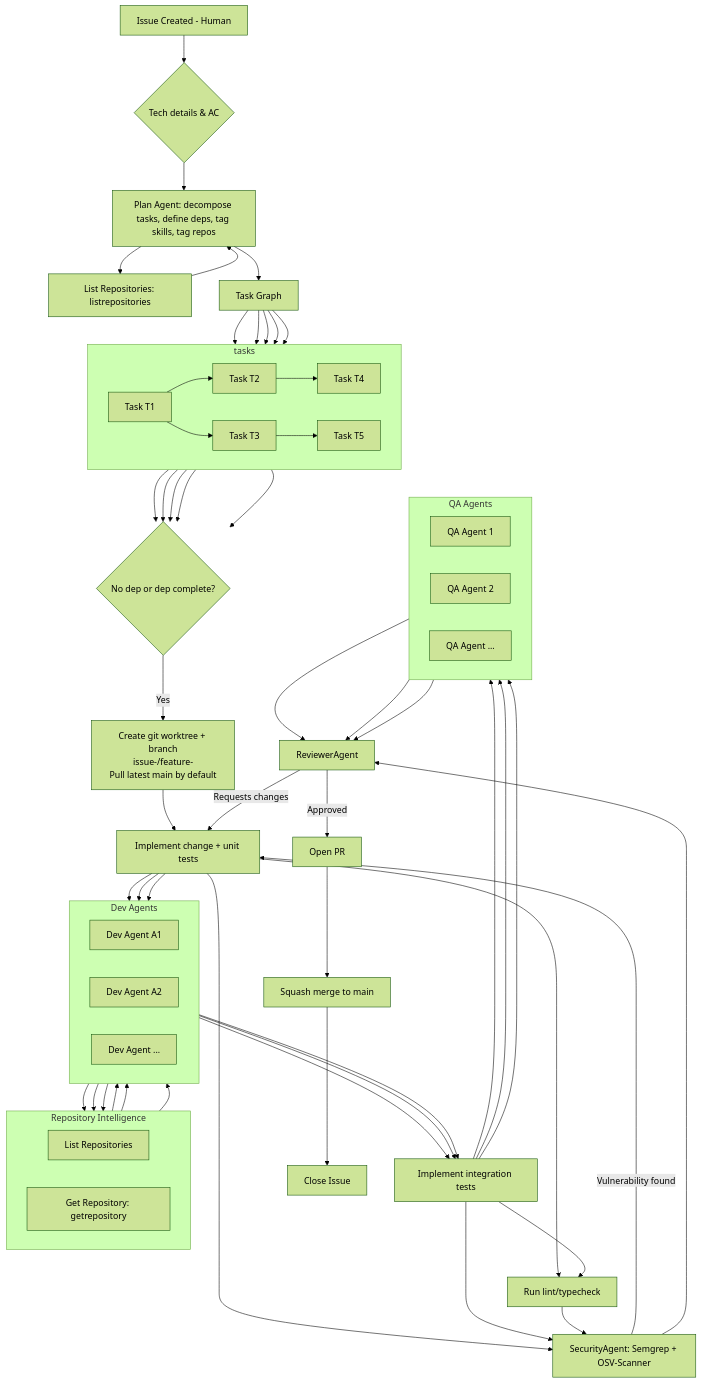
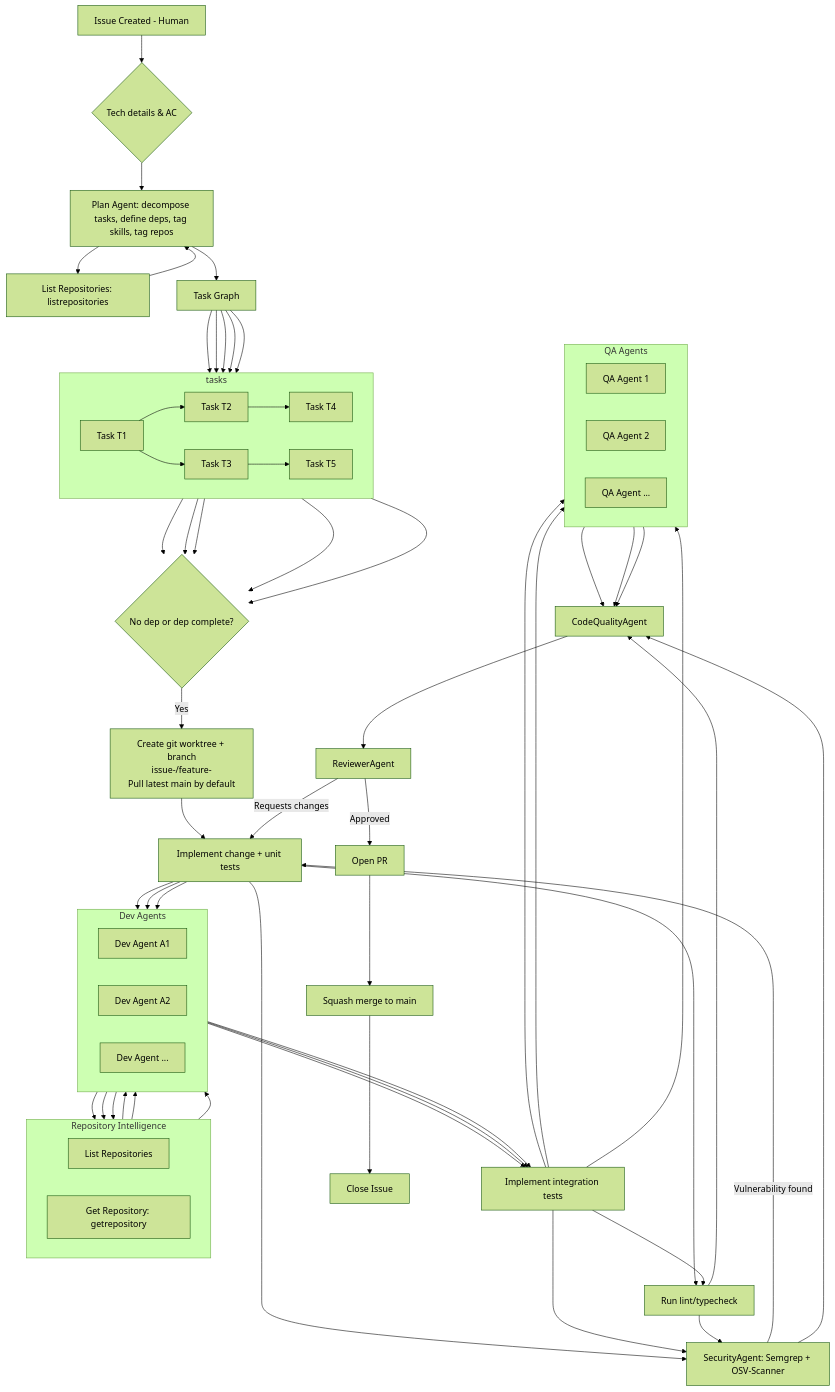
One commit to colbytimm/opencodeloom changed the diagram in .opencode/context/AGENTIC_FLOW_v2.md. Above: the diagram before and after it, drawn with Mermaid (forest theme). The commit also changed other lines of this file and 16 other files, not shown here.

```diff
--- a/.opencode/context/AGENTIC_FLOW_v2.md
+++ b/.opencode/context/AGENTIC_FLOW_v2.md
@@ -85,11 +85,14 @@
   LINT --> S
   S -- Vulnerability found --> IMP
 
+  CQ[CodeQualityAgent]
   R[ReviewerAgent]
-  Q1 --> R
-  Q2 --> R
-  Q3 --> R
-  S --> R
+  Q1 --> CQ
+  Q2 --> CQ
+  Q3 --> CQ
+  S --> CQ
+  LINT --> CQ
+  CQ --> R
   R -- Requests changes --> IMP
 
   R -- Approved --> MR[Open PR]
```
